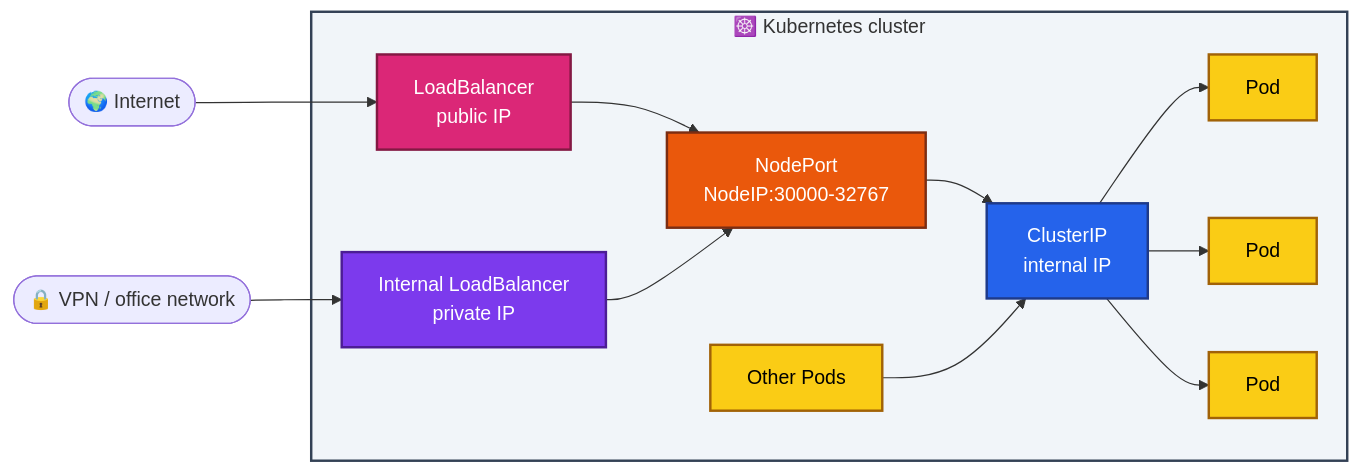
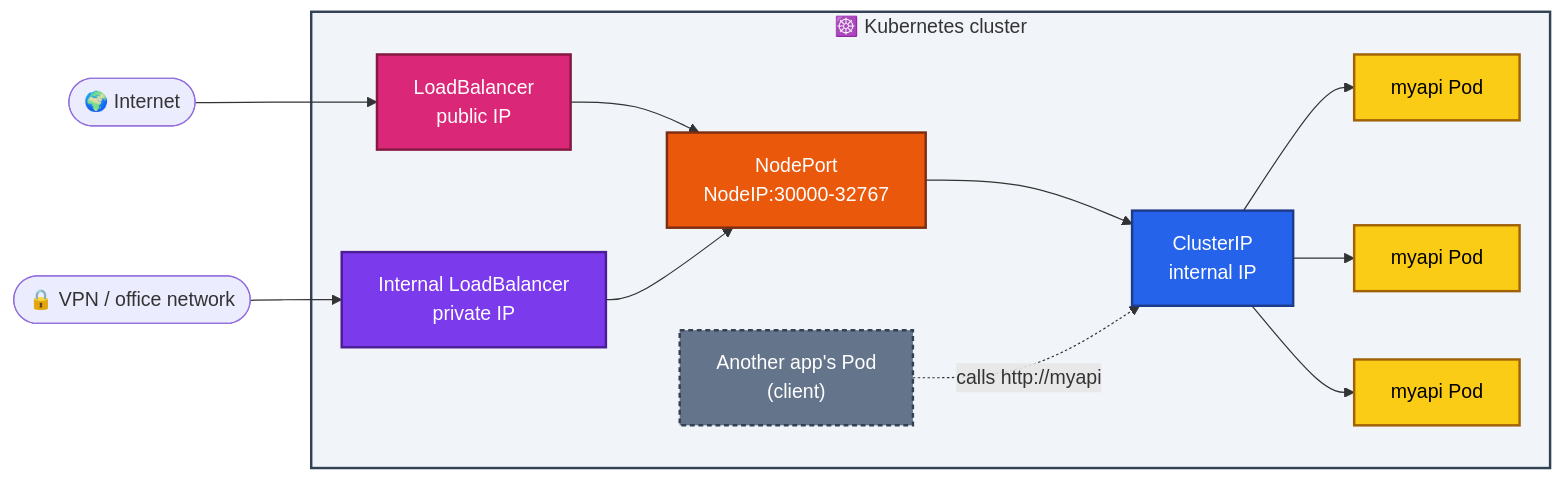
Before and after one commit to byraviprakash/devops-notes: the diagram in kubernetes/6.kubernetes-service-types.md, drawn with Mermaid. The commit also changed other lines of this file, not shown here.

````diff
--- a/kubernetes/6.kubernetes-service-types.md
+++ b/kubernetes/6.kubernetes-service-types.md
@@ -13,25 +13,27 @@
 ```mermaid
 flowchart LR
     Internet([🌍 Internet]) --> LB
     VPN([🔒 VPN / office network]) --> ILB
 
     subgraph Cluster["☸️ Kubernetes cluster"]
         LB["LoadBalancer<br/>public IP"] --> NP
         ILB["Internal LoadBalancer<br/>private IP"] --> NP
         NP["NodePort<br/>NodeIP:30000-32767"] --> CIP
-        CIP["ClusterIP<br/>internal IP"] --> P1[Pod] & P2[Pod] & P3[Pod]
-        Other[Other Pods] --> CIP
+        CIP["ClusterIP<br/>internal IP"] --> P1["myapi Pod"] & P2["myapi Pod"] & P3["myapi Pod"]
+        Client["Another app's Pod<br/>(client)"] -. "calls http://myapi" .-> CIP
     end
 
     classDef pub  fill:#db2777,stroke:#831843,color:#ffffff,stroke-width:2px
     classDef priv fill:#7c3aed,stroke:#4c1d95,color:#ffffff,stroke-width:2px
     classDef np   fill:#ea580c,stroke:#7c2d12,color:#ffffff,stroke-width:2px
     classDef cip  fill:#2563eb,stroke:#1e3a8a,color:#ffffff,stroke-width:2px
     classDef pod  fill:#facc15,stroke:#a16207,color:#000000,stroke-width:2px
+    classDef client fill:#64748b,stroke:#334155,color:#ffffff,stroke-width:2px,stroke-dasharray:4 3
     class LB pub
     class ILB priv
     class NP np
     class CIP cip
-    class P1,P2,P3,Other pod
+    class P1,P2,P3 pod
+    class Client client
     style Cluster fill:#f1f5f9,stroke:#334155,stroke-width:2px
 ```
````
